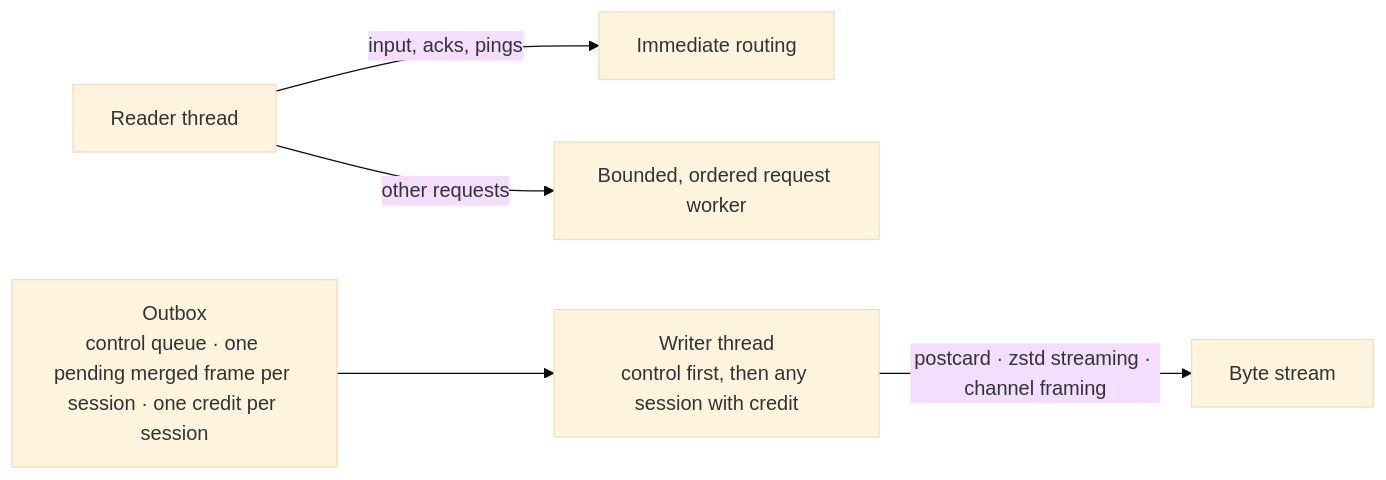
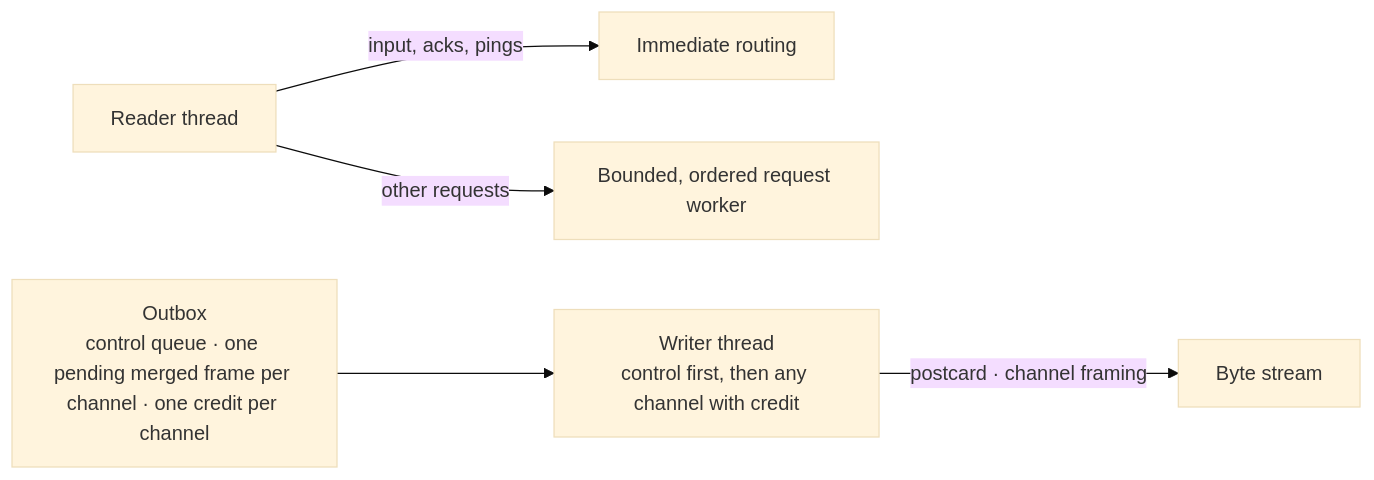
One commit to guppylab/muxy changed the third of 4 diagrams in docs/tech/architecture.md. Above: the diagram before and after it, drawn with Mermaid (base theme). The commit also changed other lines of this file and 196 other files, not shown here.

````diff
--- a/docs/tech/architecture.md
+++ b/docs/tech/architecture.md
@@ -70,7 +76,7 @@
 ```mermaid
 flowchart LR
     RX["Reader thread"] -->|"input, acks, pings"| ROUTE["Immediate routing"]
     RX -->|"other requests"| WORK["Bounded, ordered request worker"]
-    OUTBOX["Outbox<br/>control queue · one pending merged frame per session · one credit per session"] --> TX["Writer thread<br/>control first, then any session with credit"]
-    TX -->|"postcard · zstd streaming · channel framing"| STREAM["Byte stream"]
+    OUTBOX["Outbox<br/>control queue · one pending merged frame per channel · one credit per channel"] --> TX["Writer thread<br/>control first, then any channel with credit"]
+    TX -->|"postcard · channel framing"| STREAM["Byte stream"]
 ```
````
